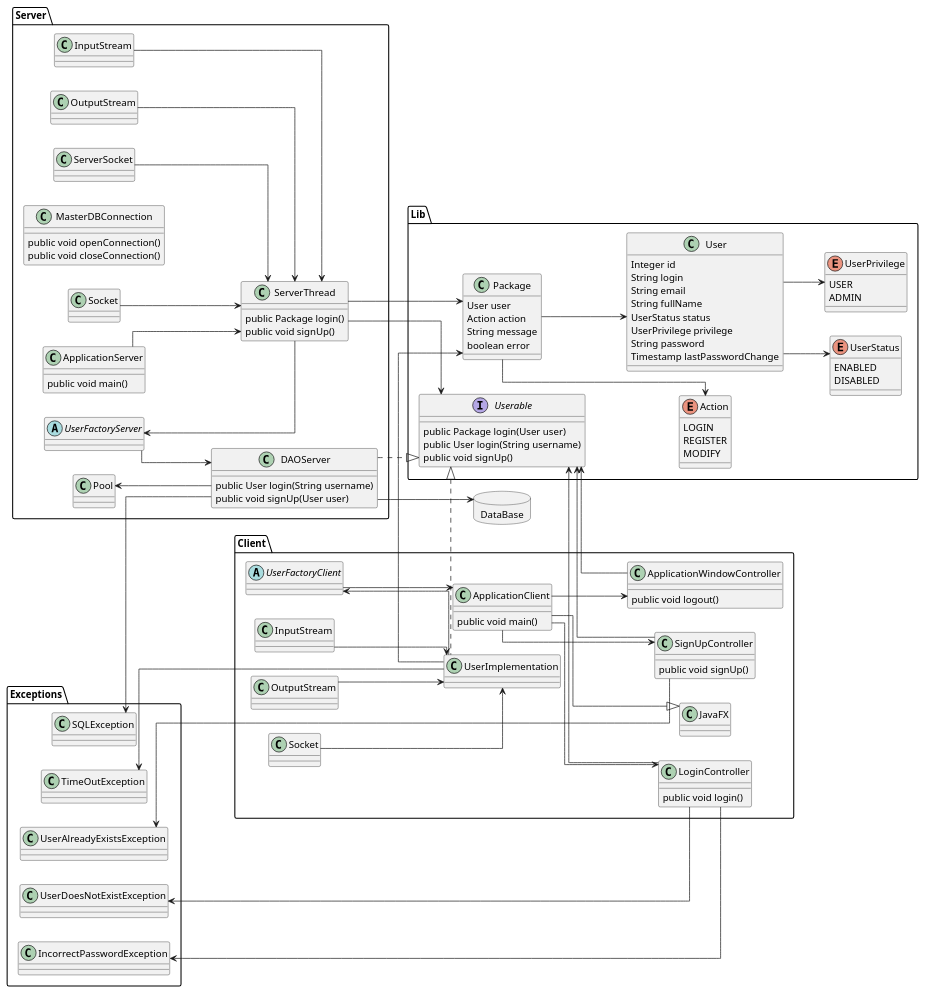
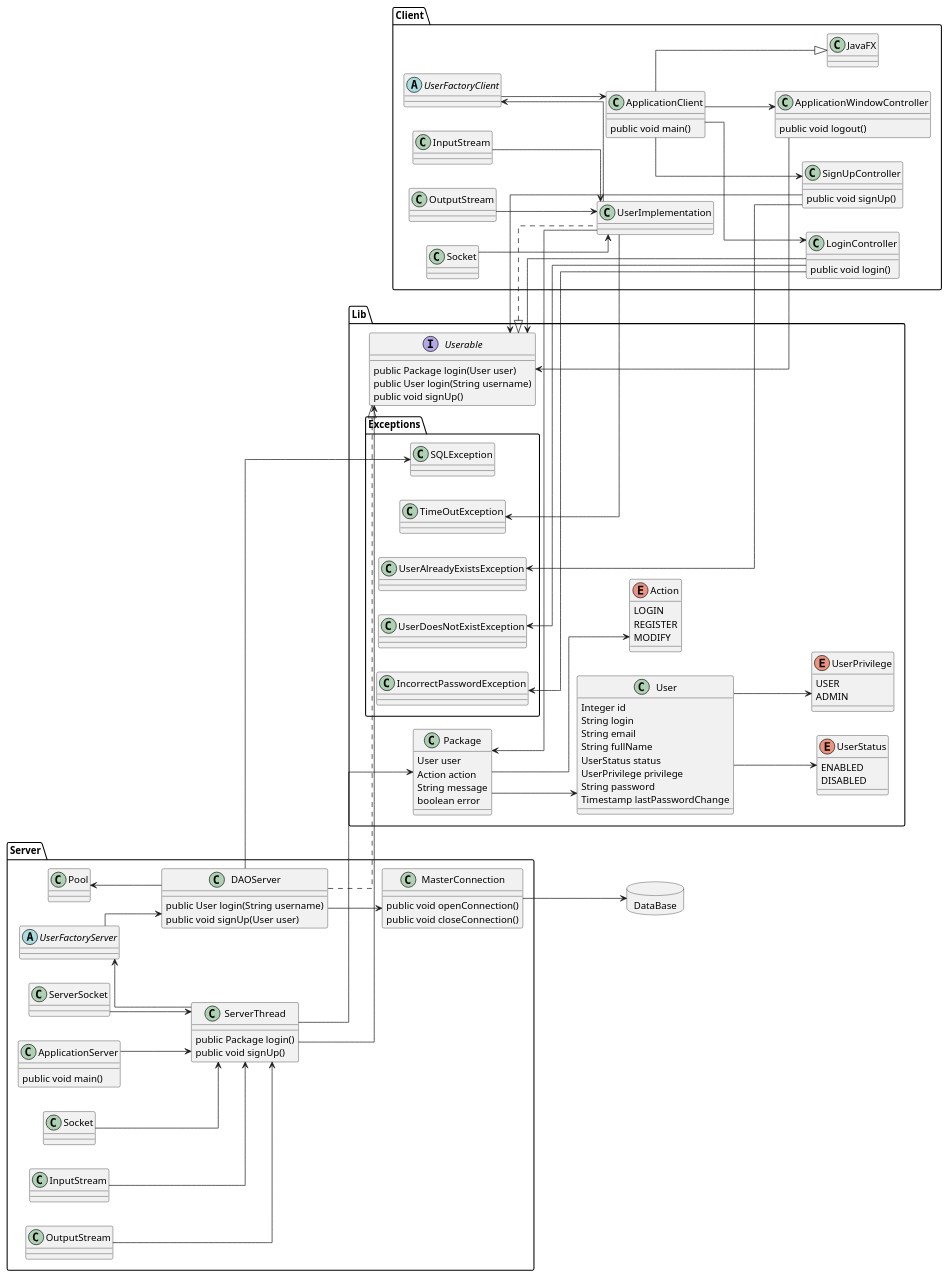
Before and after one commit to joana-renteria/SignUpSignIn: the diagram in design/client_server.puml, drawn with PlantUML. The commit also changed 1 other file, not shown here.

Commit message:
fix the class diagram

```diff
--- a/design/client_server.puml
+++ b/design/client_server.puml
@@ -1,173 +1,175 @@
 @startuml
 left to right direction
 skinparam linetype ortho
 
 package Server {
 	class ApplicationServer {
 		public void main()
 	}
 	
 	class ServerThread {
 		public Package login()
 		public void signUp()
 	}
 	
 	abstract UserFactoryServer {
 		
 	}
 	
 	class Pool {
 		
 	}
 	
 	class DAOServer {
 		public User login(String username)
 		public void signUp(User user)
 	}
 	
-	class MasterDBConnection {
+	class MasterConnection {
 		public void openConnection()
 		public void closeConnection()
 	}
 
 	class Server.Socket{}
 	class Server.InputStream{}
 	class Server.OutputStream{}
 }
 
 package Client {
 	class JavaFX {
 		
 	}
 
 	class ApplicationClient {
 		public void main()
 	}
 
 	class LoginController {
 		public void login()
 	}
 	
 	class SignUpController {
 		public void signUp()
 	}
 	
 	class ApplicationWindowController {
 		public void logout()
 	}
 	
 	class UserImplementation {
 		
 	}
 	
 	abstract UserFactoryClient {
 		
 	}
 
 	class Client.Socket{}
 	class Client.InputStream{}
 	class Client.OutputStream{}
 }
 
 package DataBase <<Database>> {
 	
 }
 
 package Lib {
 	enum Action {
 		LOGIN
 		REGISTER
 		MODIFY
 	}
 	
 	class Package {
 		User user
 		Action action
 		String message
 		boolean error
 	}
 
 	interface Userable {
 		public Package login(User user)
 		public User login(String username)
 		public void signUp()
 	}
 	
 	class User {
 		Integer id
 		String login
 		String email
 		String fullName
 		UserStatus status
 		UserPrivilege privilege
 		String password
 		Timestamp lastPasswordChange
 	}
 	
 	enum UserStatus {
 		ENABLED
 		DISABLED
 	}
 	
 	enum UserPrivilege {
 		USER
 		ADMIN
 	}
-}
 
-package Exceptions {
-	class SQLException{}
-	class UserDoesNotExistException{}
-	class IncorrectPasswordException{}
-	class TimeOutException{}
-	class UserAlreadyExistsException{}
+	package Exceptions {
+		class SQLException{}
+		class UserDoesNotExistException{}
+		class IncorrectPasswordException{}
+		class TimeOutException{}
+		class UserAlreadyExistsException{}
+	}
+
 }
 
 UserImplementation --> Package
 
 Package --> Action
 
 Userable <-- LoginController
 Userable <-- SignUpController
 Userable <-- ApplicationWindowController
 
 Userable <|.. UserImplementation
 
 Pool <-- DAOServer
-DAOServer --> DataBase
+DAOServer --> MasterConnection
+MasterConnection --> DataBase
 UserFactoryServer <-- ServerThread
 UserFactoryServer --> DAOServer
 DAOServer ..|> Userable
 ServerThread --> Userable
 ServerThread --> Package
 ApplicationServer --> ServerThread
 
 ApplicationClient --> ApplicationWindowController
 ApplicationClient --> SignUpController
 ApplicationClient --> LoginController
 
 UserFactoryClient <-- UserImplementation
 UserFactoryClient --> ApplicationClient
 
 ApplicationClient --|> JavaFX
 
 Server.Socket --> 		ServerThread
 Server.ServerSocket --> ServerThread
 Server.InputStream --> 	ServerThread
 Server.OutputStream -->	ServerThread
 
 Client.Socket --> UserImplementation
 Client.InputStream --> UserImplementation
 Client.OutputStream --> UserImplementation
 
 SQLException 		<-- DAOServer
 TimeOutException 	<-- UserImplementation
 UserAlreadyExistsException <-- SignUpController
 UserDoesNotExistException <-- LoginController
 IncorrectPasswordException <-- LoginController
 
 Package --> User
 User --> UserPrivilege
 User --> UserStatus
 
 @enduml
```
